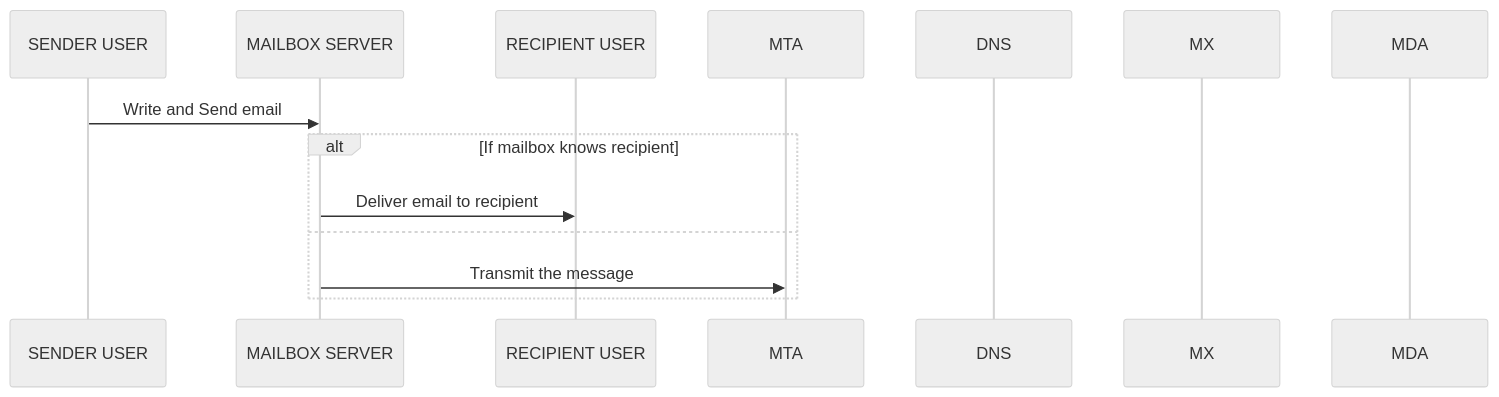
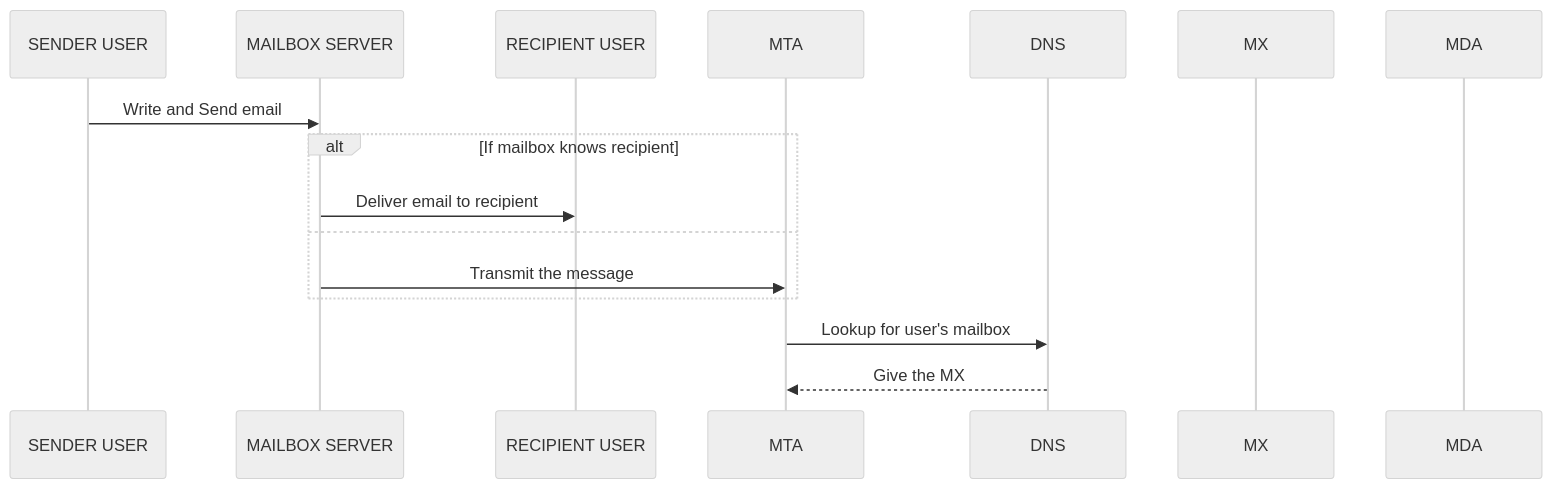
One commit to mathalro/micromaster-cloudcomputing changed the diagram in engineering-management/week1.md. Above: the diagram before and after it, drawn with Mermaid (neutral theme).

````diff
--- a/engineering-management/week1.md
+++ b/engineering-management/week1.md
@@ -49,17 +49,21 @@
 ```mermaid
  sequenceDiagram
     participant SENDER USER
     participant MAILBOX SERVER
     participant RECIPIENT USER
     participant MTA
     participant DNS
     participant MX
     participant MDA
 
     SENDER USER->>MAILBOX SERVER: Write and Send email
+    
     alt If mailbox knows recipient
      MAILBOX SERVER->>RECIPIENT USER: Deliver email to recipient
     else
      MAILBOX SERVER->>MTA: Transmit the message
     end
+    
+    MTA->>DNS: Lookup for user's mailbox
+    DNS-->>MTA: Give the MX
 ```
````
